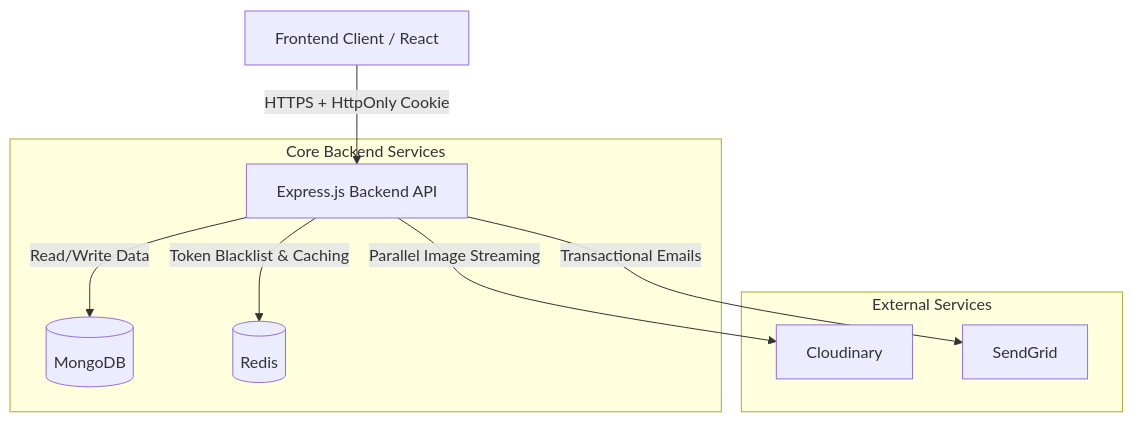
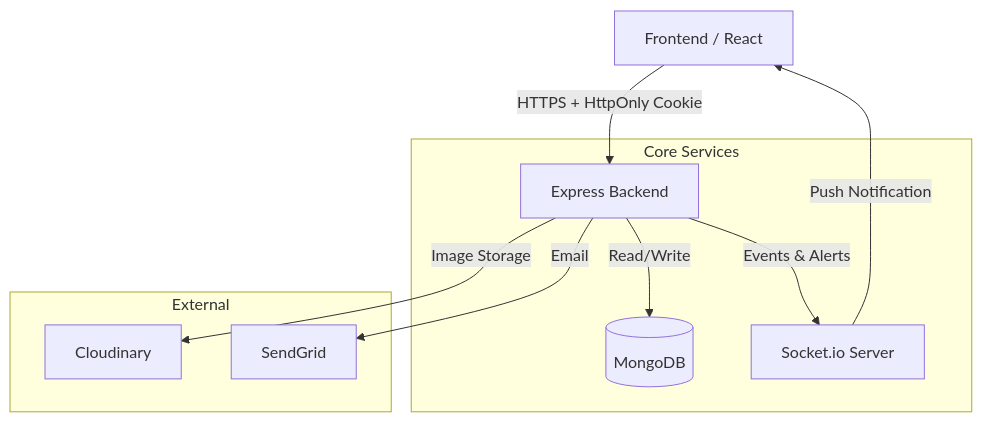
Before and after one commit to uttkarshnjr10/ApnaManager_Backend: the diagram in Readme.md, drawn with Mermaid. The commit also changed other lines of this file, not shown here.

````diff
--- a/Readme.md
+++ b/Readme.md
@@ -54,15 +73,17 @@
 ```mermaid
 graph TD
-    Client[Frontend Client / React] -->|HTTPS + HttpOnly Cookie| API[Express.js Backend API]
+    Client[Frontend / React] -->|HTTPS + HttpOnly Cookie| API[Express Backend]
     
-    subgraph "Core Backend Services"
-        API -->|Read/Write Data| DB[(MongoDB)]
-        API -->|Token Blacklist & Caching| Cache[(Redis)]
+    subgraph "Core Services"
+        API -->|Read/Write| DB[(MongoDB)]
+        API -->|Events & Alerts| Socket[Socket.io Server]
     end
     
-    subgraph "External Services"
-        API -->|Parallel Image Streaming| Cloud[Cloudinary]
-        API -->|Transactional Emails| SMTP[SendGrid]
+    subgraph "External"
+        API -->|Image Storage| Cloud[Cloudinary]
+        API -->|Email| SMTP[SendGrid]
     end
 
+    Socket -->|Push Notification| Client
+
 ```
````
